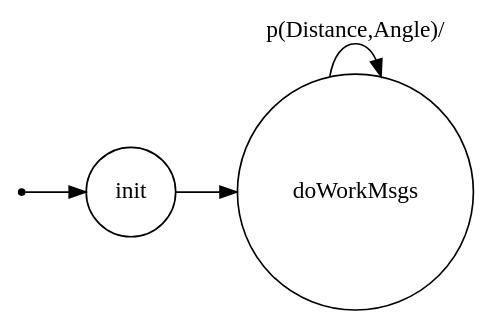
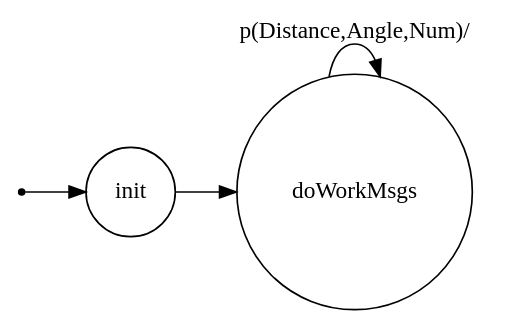
The diagram in radar/bin/dist/srcMore/it/unibo/radar_gui/dotFsm.gv (MaryCooperGD/ISSRobot), drawn with Graphviz before and after one commit. The commit also changed 86 other files, not shown here.

```diff
--- a/radar/bin/dist/srcMore/it/unibo/radar_gui/dotFsm.gv
+++ b/radar/bin/dist/srcMore/it/unibo/radar_gui/dotFsm.gv
@@ -1,22 +1,22 @@
 /*
 *
 * A GraphViz DOT FSM description 
 * Please use a GraphViz visualizer (like http://www.webgraphviz.com)
 * 
 * Generated by AM,NC,RM
 *  
 */
  
 digraph finite_state_machine {
   	rankdir=LR;
   	size="8,5"
   	node [shape = point]; iniziale;
   	node [shape = doublecircle]; 
   	node [shape = circle];
   	iniziale -> init [label = ""];
   	
   	
   	init -> doWorkMsgs [ label = ""];
   	
-  	doWorkMsgs -> doWorkMsgs [ label = "p(Distance,Angle)/"];
+  	doWorkMsgs -> doWorkMsgs [ label = "p(Distance,Angle,Num)/"];
 }
```
